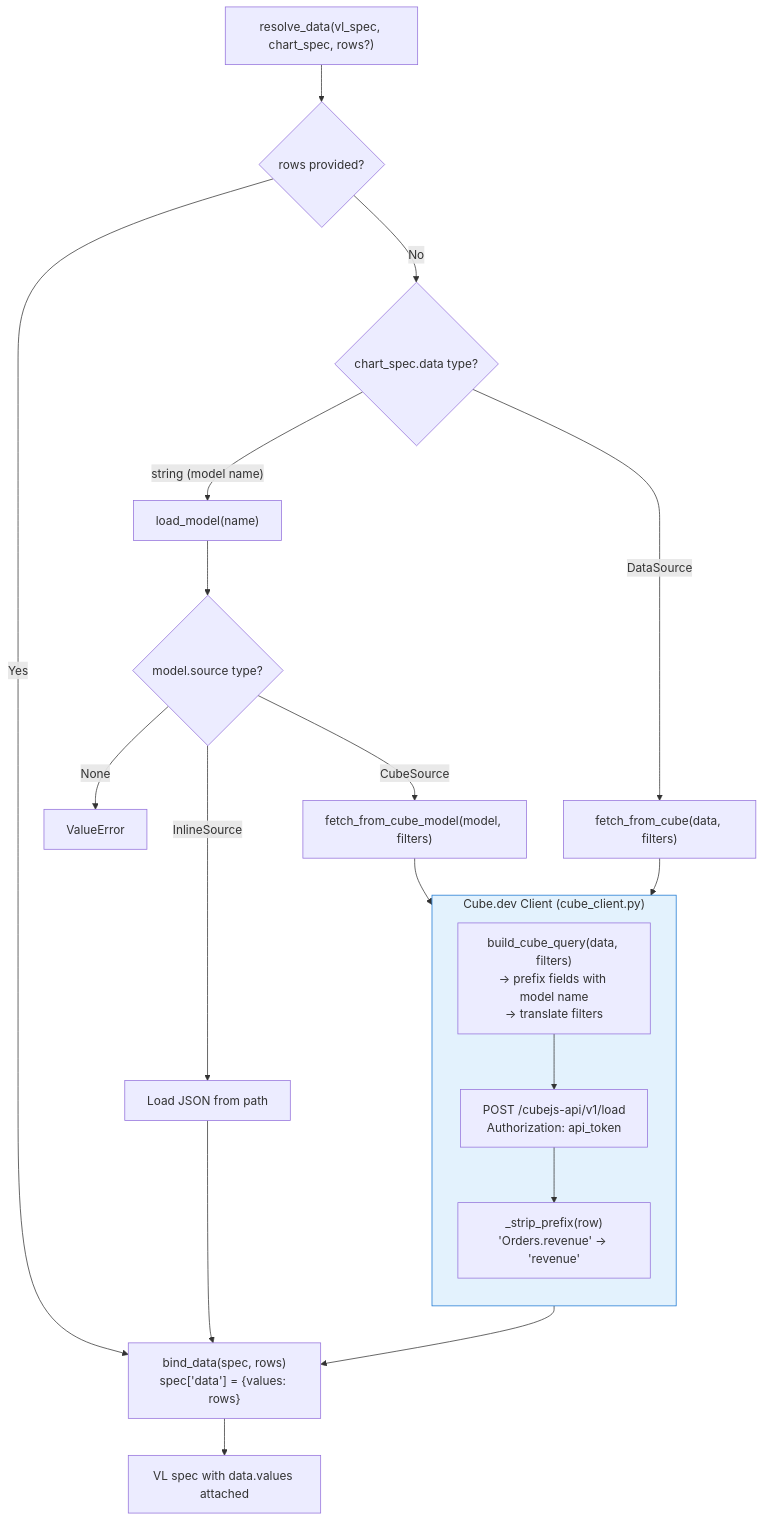
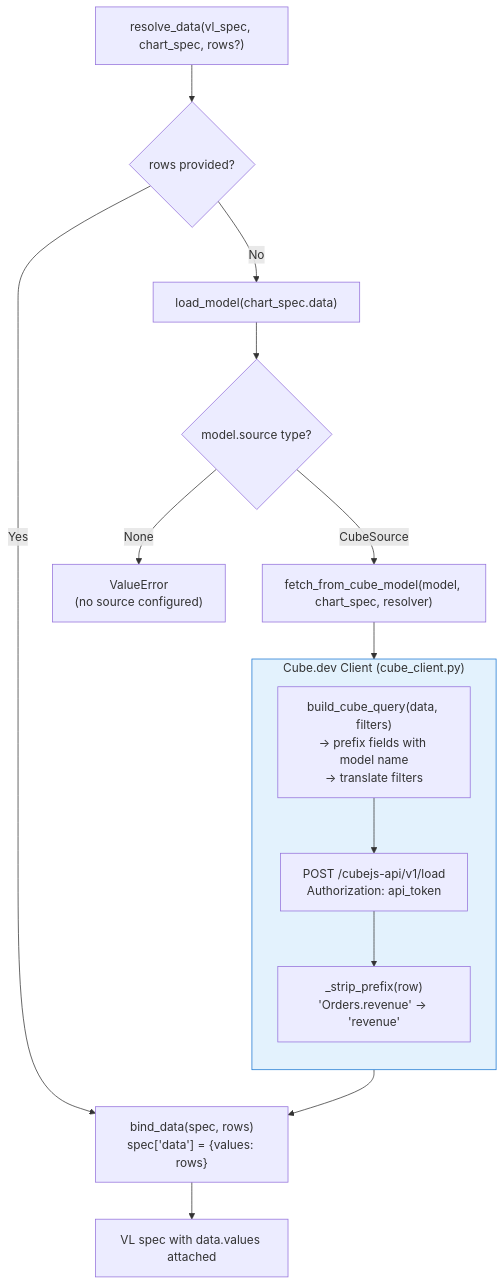
The seventh of 10 diagrams in docs/architecture-diagram.md (shelveshq/shelves), drawn with Mermaid before and after one commit. The commit also changed other lines of this file and 37 other files, not shown here.

Commit message:
feat: remove legacy DataSource Inline declaration, change tests to use model instead

````diff
--- a/docs/architecture-diagram.md
+++ b/docs/architecture-diagram.md
@@ -484,36 +441,29 @@
 ```mermaid
 flowchart TD
     RD["resolve_data(vl_spec, chart_spec, rows?)"]
 
     RD --> HAS_ROWS{"rows provided?"}
 
     HAS_ROWS -->|Yes| BIND["bind_data(spec, rows)<br/>spec['data'] = {values: rows}"]
 
-    HAS_ROWS -->|No| DATA_TYPE{"chart_spec.data type?"}
-
-    DATA_TYPE -->|"string (model name)"| LOAD["load_model(name)"]
+    HAS_ROWS -->|No| LOAD["load_model(chart_spec.data)"]
     LOAD --> SOURCE{"model.source type?"}
-    SOURCE -->|CubeSource| CUBE_MODEL["fetch_from_cube_model(model, filters)"]
-    SOURCE -->|InlineSource| INLINE["Load JSON from path"]
-    SOURCE -->|None| ERR1["ValueError"]
-
-    DATA_TYPE -->|DataSource| CUBE_LEGACY["fetch_from_cube(data, filters)"]
+    SOURCE -->|CubeSource| CUBE_MODEL["fetch_from_cube_model(model, chart_spec, resolver)"]
+    SOURCE -->|None| ERR1["ValueError<br/>(no source configured)"]
 
     subgraph CUBE["Cube.dev Client (cube_client.py)"]
         direction TB
         BUILD_Q["build_cube_query(data, filters)<br/>→ prefix fields with model name<br/>→ translate filters"]
         POST["POST /cubejs-api/v1/load<br/>Authorization: api_token"]
         STRIP["_strip_prefix(row)<br/>'Orders.revenue' → 'revenue'"]
         BUILD_Q --> POST --> STRIP
     end
 
     CUBE_MODEL --> CUBE
-    CUBE_LEGACY --> CUBE
 
     CUBE --> BIND
-    INLINE --> BIND
 
     BIND --> DONE["VL spec with data.values attached"]
 
     style CUBE fill:#e3f2fd,stroke:#1976D2
 ```
````
